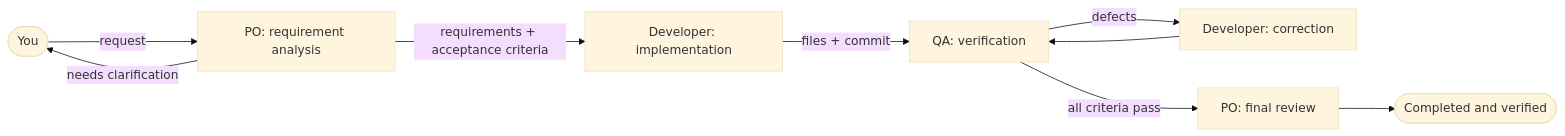
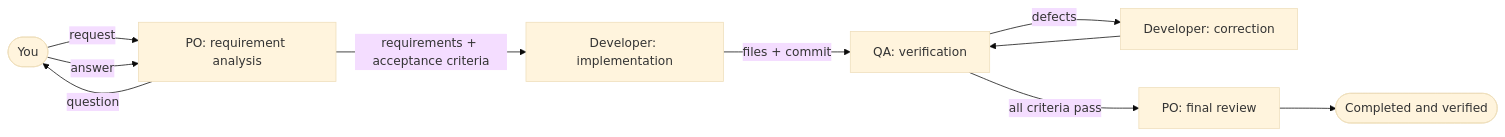
The diagram in README.md (ciroama/ai-scrum-team-workspace), drawn with Mermaid (base theme) before and after one commit. The commit also changed other lines of this file and 12 other files, not shown here.

````diff
--- a/README.md
+++ b/README.md
@@ -100,11 +100,12 @@
 ```mermaid
 flowchart LR
     U([You]) -->|request| A[PO: requirement analysis]
-    A -->|needs clarification| U
+    A -->|question| U
+    U -->|answer| A
     A -->|requirements + acceptance criteria| I[Developer: implementation]
     I -->|files + commit| V[QA: verification]
     V -->|defects| C[Developer: correction]
     C --> V
     V -->|all criteria pass| R[PO: final review]
     R --> D([Completed and verified])
 ```
````
